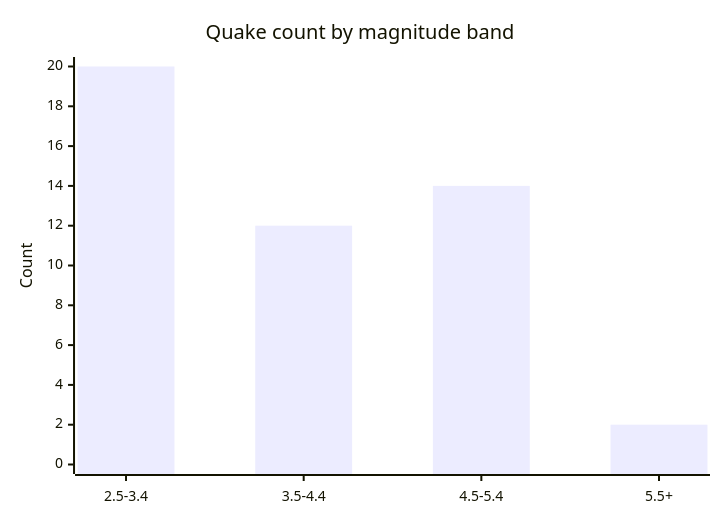
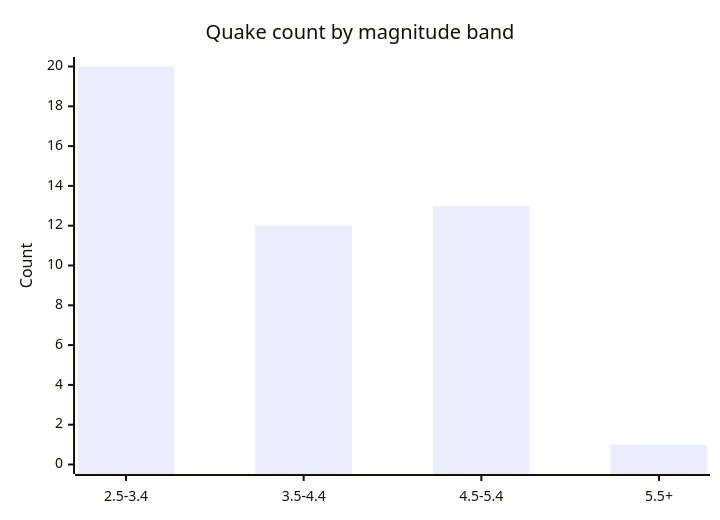
Before and after one commit to Midwest-Stratospheric/aerostratospheric-defense-gir: the fifth of 6 diagrams in docs/GRAPHS.md, drawn with Mermaid. The commit also changed other lines of this file and 24 other files, not shown here.

````diff
--- a/docs/GRAPHS.md
+++ b/docs/GRAPHS.md
@@ -82,7 +82,7 @@
 ```mermaid
 xychart-beta
   title "Quake count by magnitude band"
   x-axis ["2.5-3.4", "3.5-4.4", "4.5-5.4", "5.5+"]
   y-axis "Count" 0 --> 20
-  bar [20, 12, 14, 2]
+  bar [20, 12, 13, 1]
 ```
````
